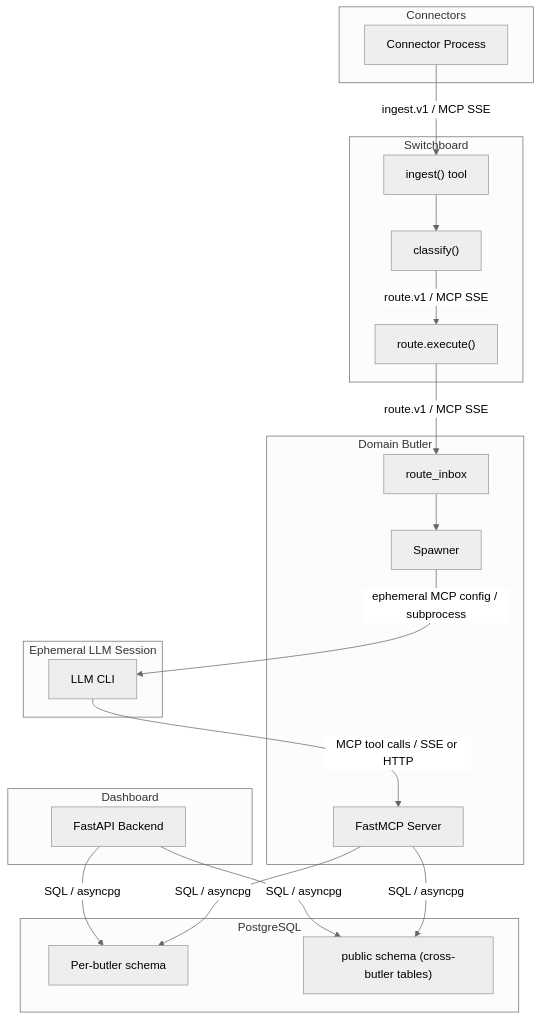
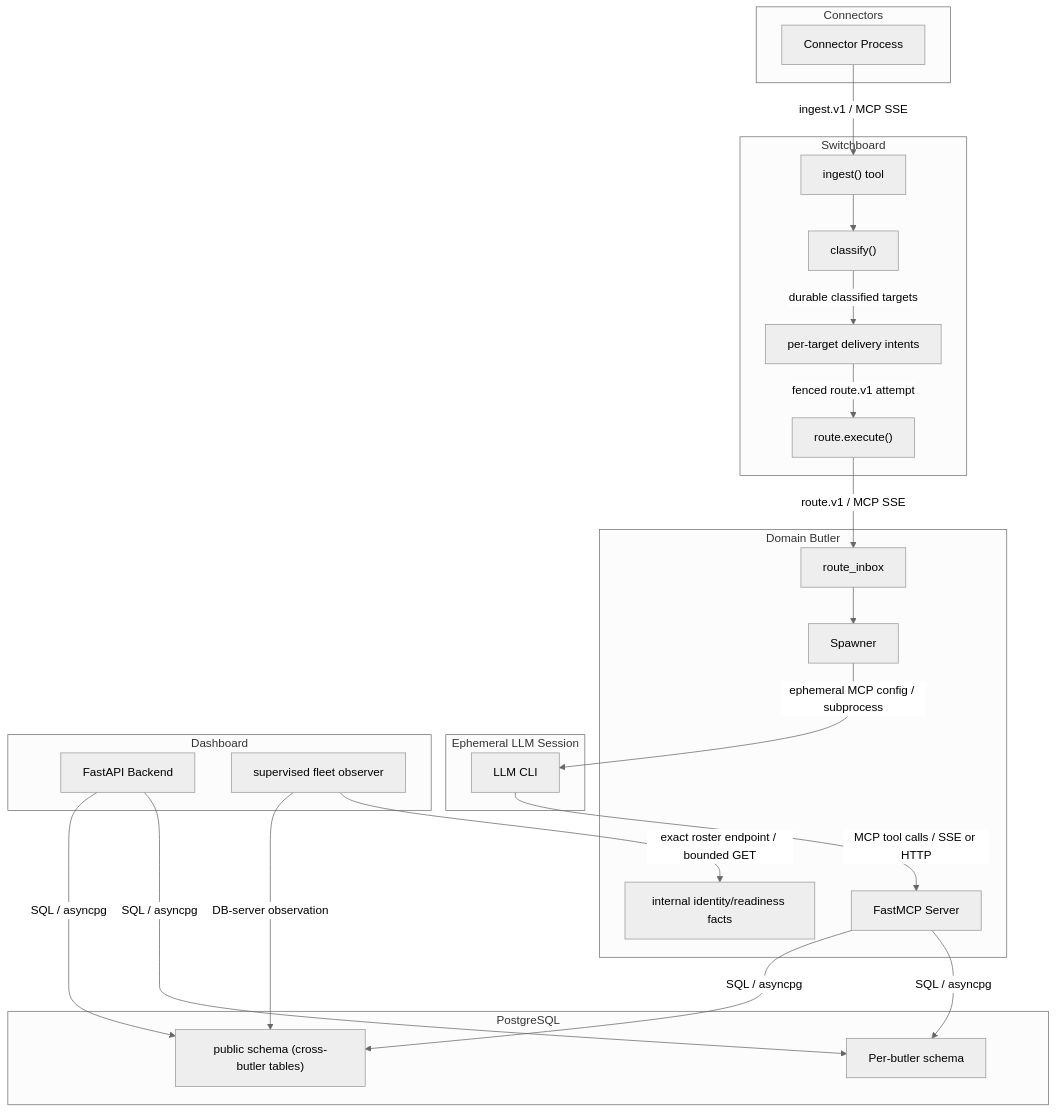
One commit to tzeusy-org/butlers changed the diagram in about/lay-and-land/integration.md. Above: the diagram before and after it, drawn with Mermaid (neutral theme). The commit also changed other lines of this file and 38 other files, not shown here.

````diff
--- a/about/lay-and-land/integration.md
+++ b/about/lay-and-land/integration.md
@@ -10,44 +14,50 @@
 ```mermaid
 graph TB
     subgraph Connectors
         C["Connector Process"]
     end
 
     subgraph Switchboard
         Ingest["ingest() tool"]
         Classify["classify()"]
+        Intent["per-target delivery intents"]
         Route["route.execute()"]
     end
 
     subgraph DomainButler["Domain Butler"]
         RouteInbox["route_inbox"]
+        Identity["internal identity/readiness facts"]
         Spawner["Spawner"]
         MCP["FastMCP Server"]
     end
 
     subgraph LLMSession["Ephemeral LLM Session"]
         CLI["LLM CLI"]
     end
 
     subgraph Dashboard
         FastAPI["FastAPI Backend"]
+        Observer["supervised fleet observer"]
     end
 
     subgraph DB["PostgreSQL"]
         Schema["Per-butler schema"]
         Shared["public schema (cross-butler tables)"]
     end
 
     C -- "ingest.v1 / MCP SSE" --> Ingest
     Ingest --> Classify
-    Classify -- "route.v1 / MCP SSE" --> Route
+    Classify -- "durable classified targets" --> Intent
+    Intent -- "fenced route.v1 attempt" --> Route
     Route -- "route.v1 / MCP SSE" --> RouteInbox
+    Observer -- "exact roster endpoint / bounded GET" --> Identity
+    Observer -- "DB-server observation" --> Shared
     RouteInbox --> Spawner
     Spawner -- "ephemeral MCP config / subprocess" --> CLI
     CLI -- "MCP tool calls / SSE or HTTP" --> MCP
 
     FastAPI -- "SQL / asyncpg" --> Schema
     FastAPI -- "SQL / asyncpg" --> Shared
     MCP -- "SQL / asyncpg" --> Schema
     MCP -- "SQL / asyncpg" --> Shared
 ```
````
